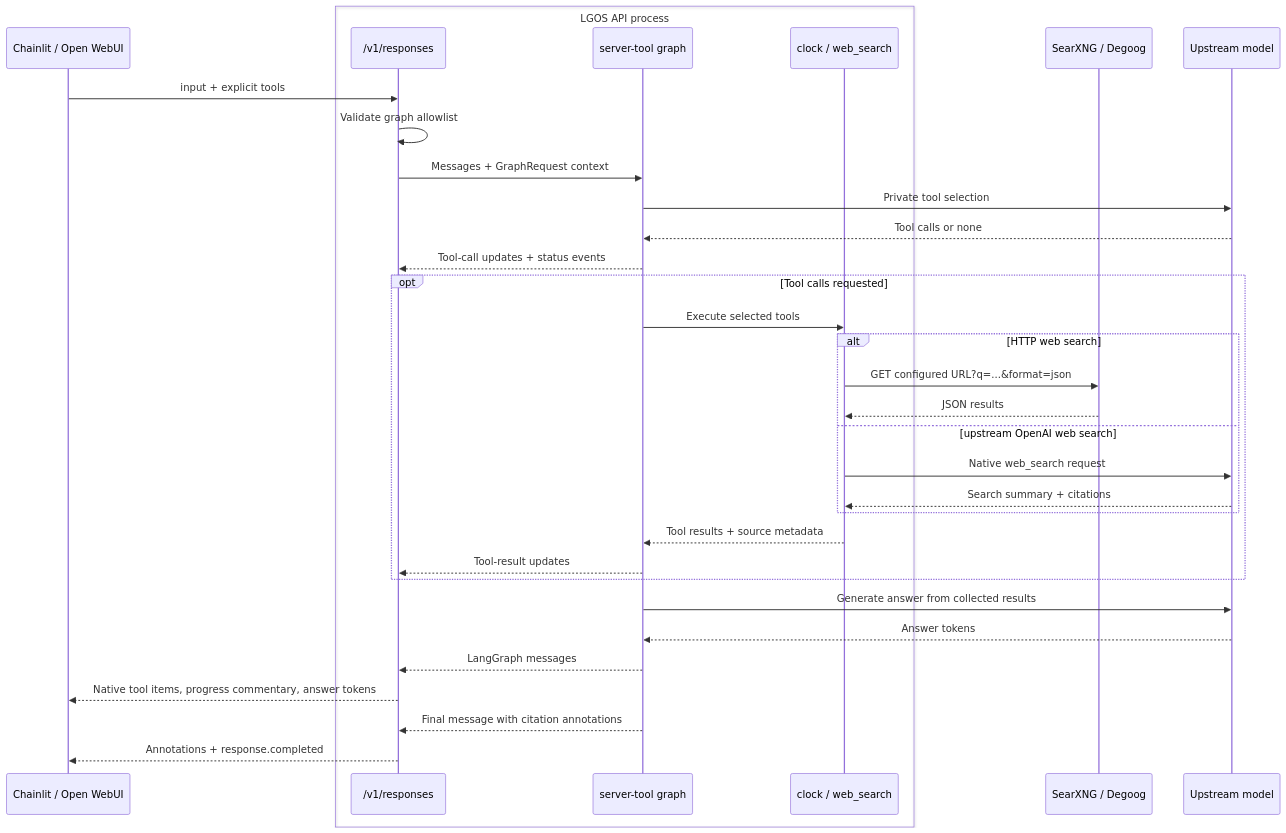
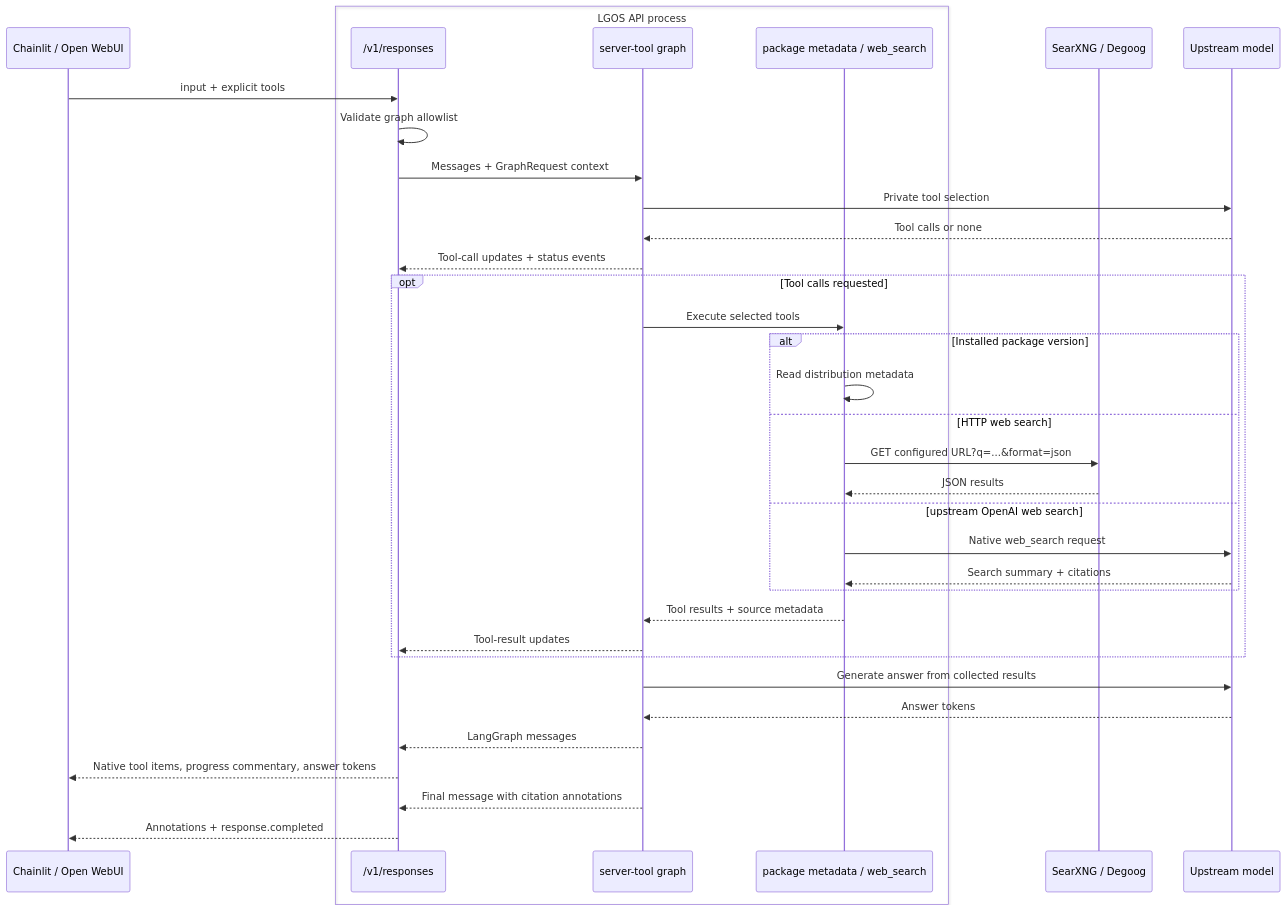
The second of 2 diagrams in docs/demo/graphs/server-tool.md (ilkersigirci/langgraph-openai-serve), drawn with Mermaid before and after one commit. The commit also changed other lines of this file and 17 other files, not shown here.

Commit message:
feat: server hosted clock tool replaced with package info tool

````diff
--- a/docs/demo/graphs/server-tool.md
+++ b/docs/demo/graphs/server-tool.md
@@ -35,36 +36,38 @@
 ```mermaid
 sequenceDiagram
   participant UI as Chainlit / Open WebUI
   box LGOS API process
     participant API as /v1/responses
     participant Graph as server-tool graph
-    participant Tools as clock / web_search
+    participant Tools as package metadata / web_search
   end
   participant Search as SearXNG / Degoog
   participant Model as Upstream model
 
   UI->>API: input + explicit tools
   API->>API: Validate graph allowlist
   API->>Graph: Messages + GraphRequest context
   Graph->>Model: Private tool selection
   Model-->>Graph: Tool calls or none
   Graph-->>API: Tool-call updates + status events
   opt Tool calls requested
     Graph->>Tools: Execute selected tools
-    alt HTTP web search
+    alt Installed package version
+      Tools->>Tools: Read distribution metadata
+    else HTTP web search
       Tools->>Search: GET configured URL?q=...&format=json
       Search-->>Tools: JSON results
     else upstream OpenAI web search
       Tools->>Model: Native web_search request
       Model-->>Tools: Search summary + citations
     end
     Tools-->>Graph: Tool results + source metadata
     Graph-->>API: Tool-result updates
   end
   Graph->>Model: Generate answer from collected results
   Model-->>Graph: Answer tokens
   Graph-->>API: LangGraph messages
   API-->>UI: Native tool items, progress commentary, answer tokens
   Graph-->>API: Final message with citation annotations
   API-->>UI: Annotations + response.completed
 ```
````
